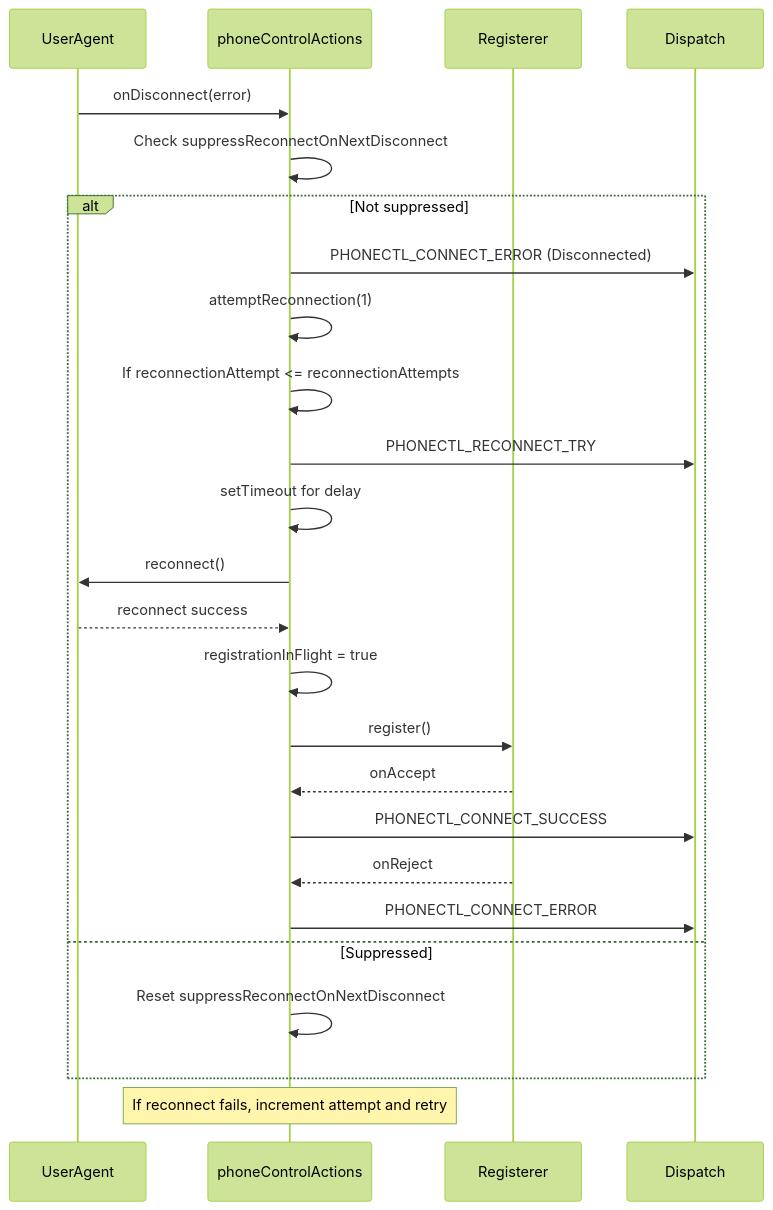
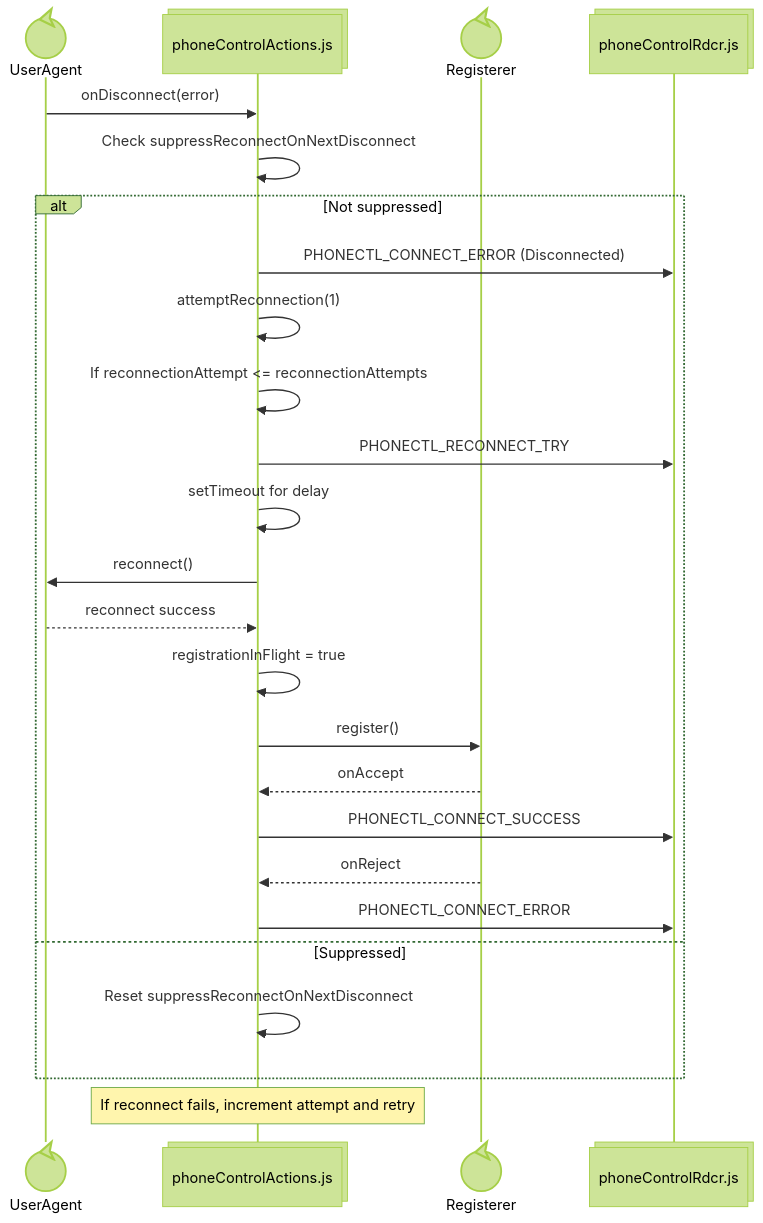
Before and after one commit to ars-anosov/sipjs-react: the third of 5 diagrams in phone/README.md, drawn with Mermaid (forest theme). The commit also changed other lines of this file, not shown here.

````diff
--- a/phone/README.md
+++ b/phone/README.md
@@ -74,28 +77,28 @@
 ```mermaid
 sequenceDiagram
-  participant UserAgent
-  participant Action as phoneControlActions
-  participant Registerer
-  participant Dispatch
+  participant UserAgent@{ "type" : "control" }
+  participant Action@{ "type" : "collections", "alias": "phoneControlActions.js" }
+  participant Registerer@{ "type" : "control" }
+  participant Dispatch@{ "type" : "collections", "alias": "phoneControlRdcr.js"  }
 
   UserAgent->>Action: onDisconnect(error)
   Action->>Action: Check suppressReconnectOnNextDisconnect
   alt Not suppressed
     Action->>Dispatch: PHONECTL_CONNECT_ERROR (Disconnected)
     Action->>Action: attemptReconnection(1)
     Action->>Action: If reconnectionAttempt <= reconnectionAttempts
     Action->>Dispatch: PHONECTL_RECONNECT_TRY
     Action->>Action: setTimeout for delay
     Action->>UserAgent: reconnect()
     UserAgent-->>Action: reconnect success
     Action->>Action: registrationInFlight = true
     Action->>Registerer: register()
     Registerer-->>Action: onAccept
     Action->>Dispatch: PHONECTL_CONNECT_SUCCESS
     Registerer-->>Action: onReject
     Action->>Dispatch: PHONECTL_CONNECT_ERROR
   else Suppressed
     Action->>Action: Reset suppressReconnectOnNextDisconnect
   end
   Note over Action: If reconnect fails, increment attempt and retry
 ```
````
